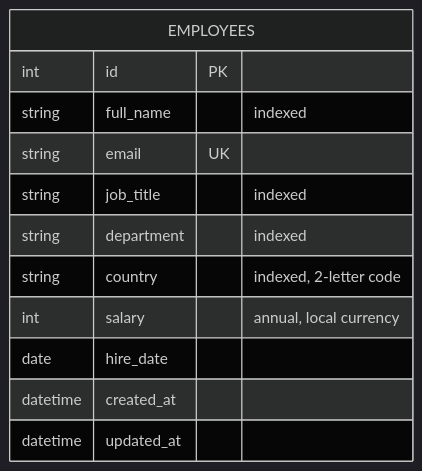
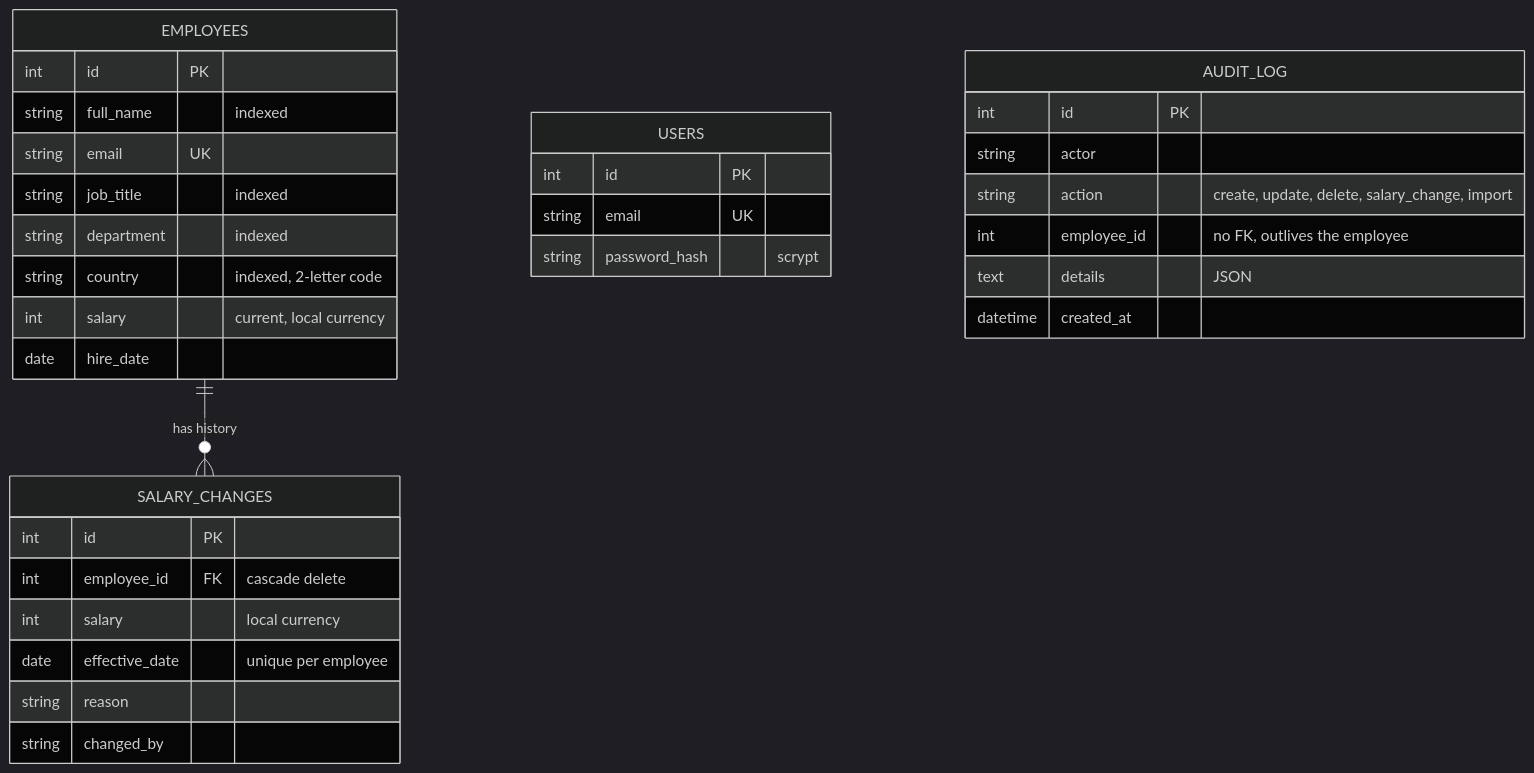
One commit to mahi0601/salary-management changed the eighth of 9 diagrams in README.md. Above: the diagram before and after it, drawn with Mermaid (dark theme). The commit also changed other lines of this file and 11 other files, not shown here.

````diff
--- a/README.md
+++ b/README.md
@@ -124,15 +183,35 @@
 ```mermaid
 erDiagram
+  EMPLOYEES ||--o{ SALARY_CHANGES : "has history"
   EMPLOYEES {
     int id PK
     string full_name "indexed"
     string email UK
     string job_title "indexed"
     string department "indexed"
     string country "indexed, 2-letter code"
-    int salary "annual, local currency"
+    int salary "current, local currency"
     date hire_date
+  }
+  SALARY_CHANGES {
+    int id PK
+    int employee_id FK "cascade delete"
+    int salary "local currency"
+    date effective_date "unique per employee"
+    string reason
+    string changed_by
+  }
+  USERS {
+    int id PK
+    string email UK
+    string password_hash "scrypt"
+  }
+  AUDIT_LOG {
+    int id PK
+    string actor
+    string action "create, update, delete, salary_change, import"
+    int employee_id "no FK, outlives the employee"
+    text details "JSON"
     datetime created_at
-    datetime updated_at
   }
 ```
````
